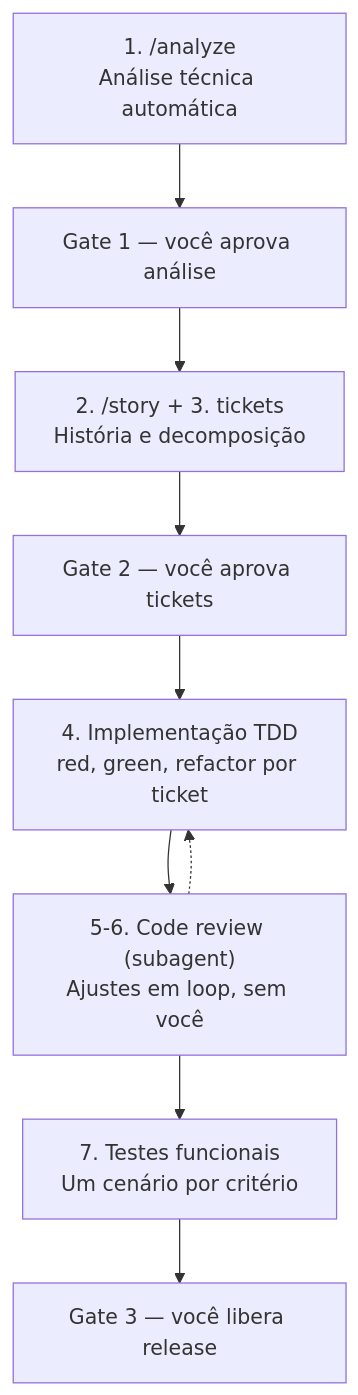
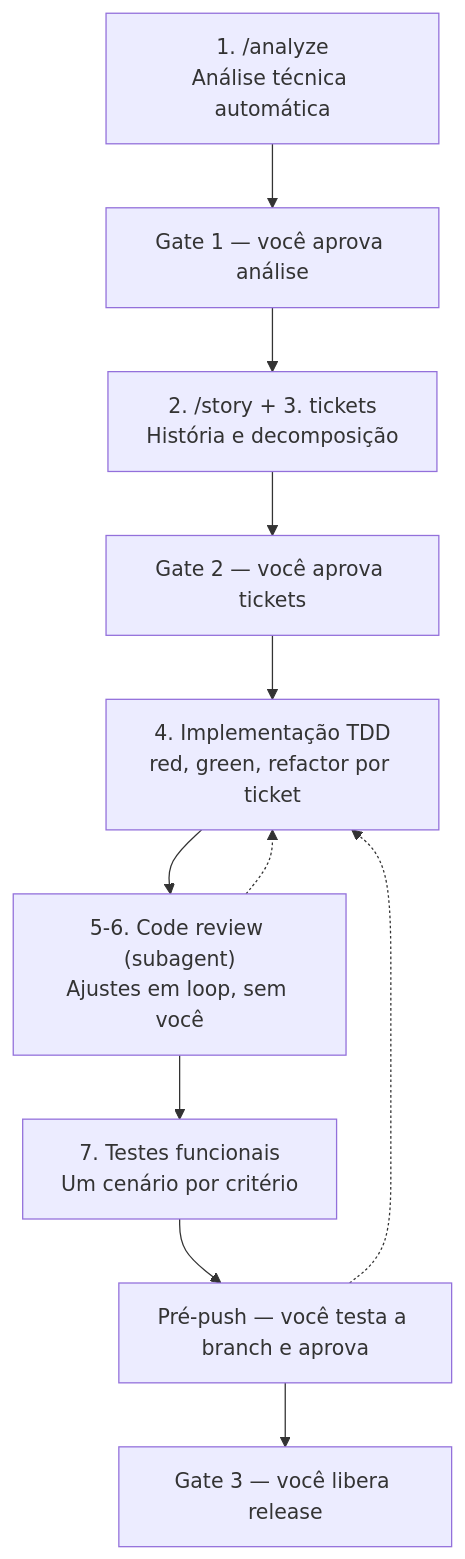
Before and after one commit to jacksonbicalho/camera: the diagram in docs/workflow.md, drawn with Mermaid. The commit also changed other lines of this file and 1 other file, not shown here.

First line of the commit message:
docs(workflow): pausa pré-push (testar antes de push-pr.sh) vira regra permanente do fluxo

````diff
--- a/docs/workflow.md
+++ b/docs/workflow.md
@@ -11,11 +11,13 @@
 ```mermaid
 flowchart TD
     A["1. /analyze<br/>Análise técnica automática"] --> G1["Gate 1 — você aprova análise"]
     G1 --> B["2. /story + 3. tickets<br/>História e decomposição"]
     B --> G2["Gate 2 — você aprova tickets"]
     G2 --> C["4. Implementação TDD<br/>red, green, refactor por ticket"]
     C --> D["5-6. Code review (subagent)<br/>Ajustes em loop, sem você"]
     D -.-> C
     D --> E["7. Testes funcionais<br/>Um cenário por critério"]
-    E --> G3["Gate 3 — você libera release"]
+    E --> P["Pré-push — você testa a branch e aprova"]
+    P -.-> C
+    P --> G3["Gate 3 — você libera release"]
 ```
````
